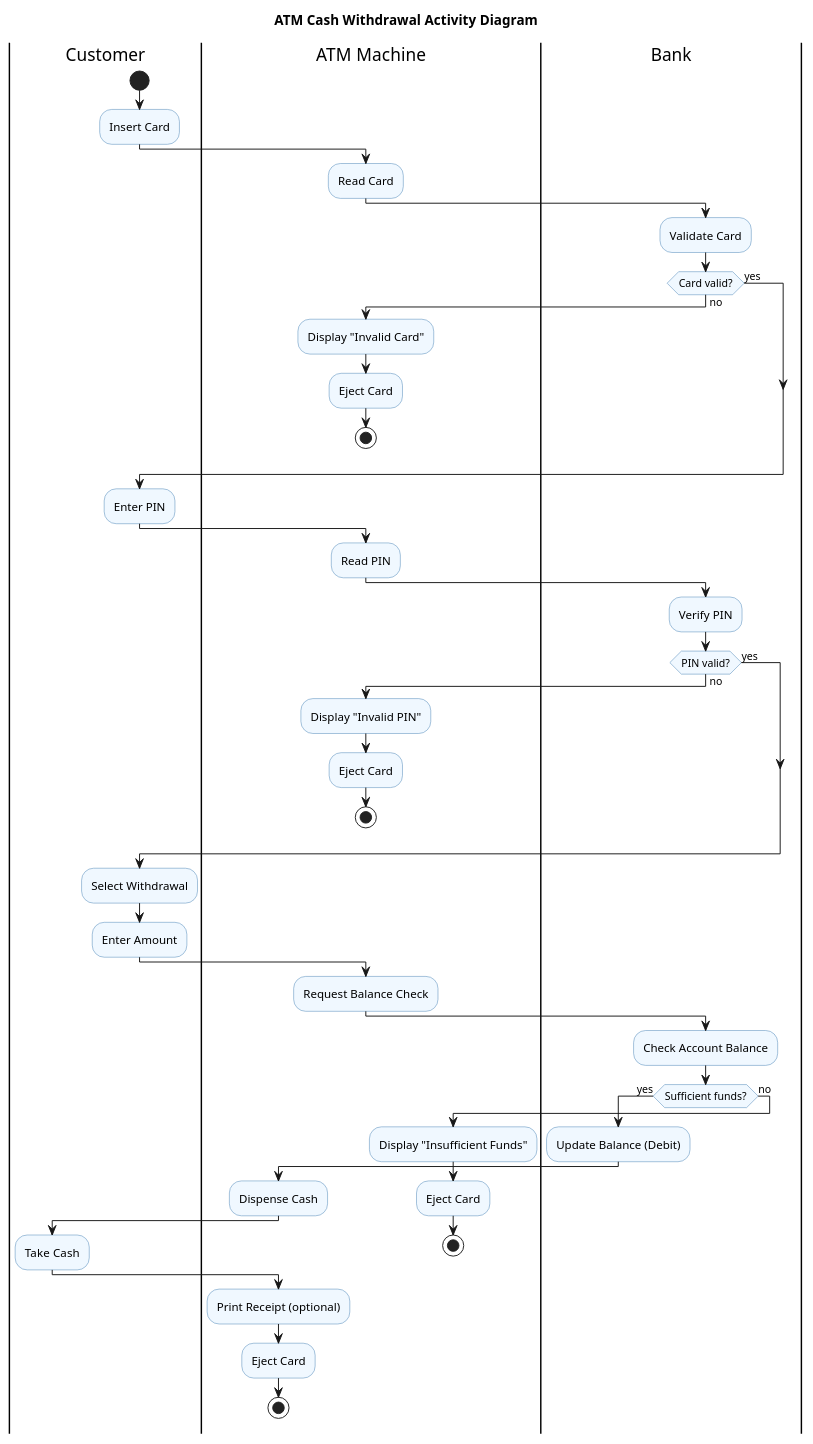
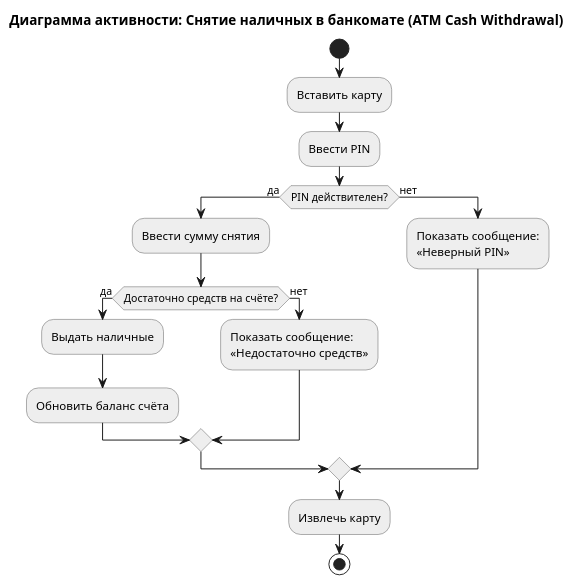
One commit to SenatorBLOG/SoftwareEngineering changed the diagram in ActivityDiagram/atm.puml. Above: the diagram before and after it, drawn with PlantUML. The commit also changed 13 other files, not shown here.

```diff
--- a/ActivityDiagram/atm.puml
+++ b/ActivityDiagram/atm.puml
@@ -1,78 +1,34 @@
 @startuml
-title ATM Cash Withdrawal Activity Diagram
+title Диаграмма активности: Снятие наличных в банкомате (ATM Cash Withdrawal)
 
 skinparam shadowing false
+skinparam monochrome true
 skinparam activity {
-    BackgroundColor #F0F8FF
-    BorderColor #4682B4
+  BackgroundColor #E3F2FD
+  BorderColor #1565C0
 }
 
-' === Swimlanes ===
-|Customer|
 start
 
-:Insert Card;
+:Вставить карту;
+:Ввести PIN;
 
-|ATM Machine|
-:Read Card;
+if (PIN действителен?) then (да)
+  :Ввести сумму снятия;
 
-|Bank|
-:Validate Card;
+  if (Достаточно средств на счёте?) then (да)
+    :Выдать наличные;
+    :Обновить баланс счёта;
+  else (нет)
+    :Показать сообщение:\n«Недостаточно средств»;
+  endif
 
-if (Card valid?) then (yes)
-else (no)
-    |ATM Machine|
-    :Display "Invalid Card";
-    :Eject Card;
-    stop
+else (нет)
+  :Показать сообщение:\n«Неверный PIN»;
 endif
 
-|Customer|
-:Enter PIN;
+:Извлечь карту;
 
-|ATM Machine|
-:Read PIN;
-
-|Bank|
-:Verify PIN;
-
-if (PIN valid?) then (yes)
-else (no)
-    |ATM Machine|
-    :Display "Invalid PIN";
-    :Eject Card;
-    stop
-endif
-
-|Customer|
-:Select Withdrawal;
-:Enter Amount;
-
-|ATM Machine|
-:Request Balance Check;
-
-|Bank|
-:Check Account Balance;
-
-if (Sufficient funds?) then (yes)
-    :Update Balance (Debit);
-    
-    |ATM Machine|
-    :Dispense Cash;
-    
-    |Customer|
-    :Take Cash;
-    
-    |ATM Machine|
-    :Print Receipt (optional);
-    :Eject Card;
-    
-    stop
-else (no)
-    |ATM Machine|
-    :Display "Insufficient Funds";
-    :Eject Card;
-    stop
-endif
+stop
 
 @enduml
```
